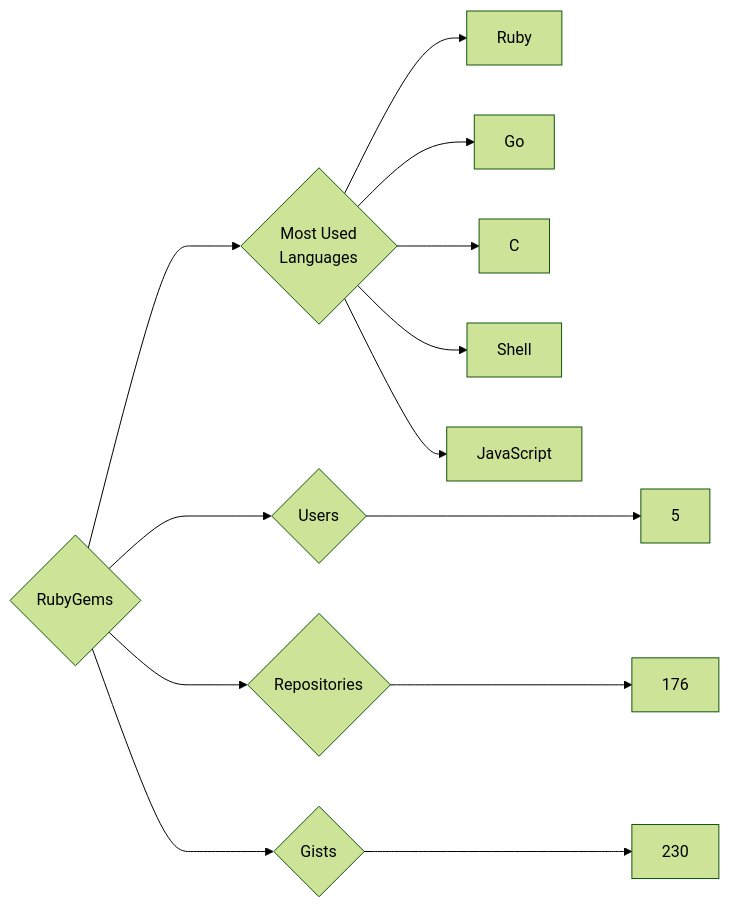
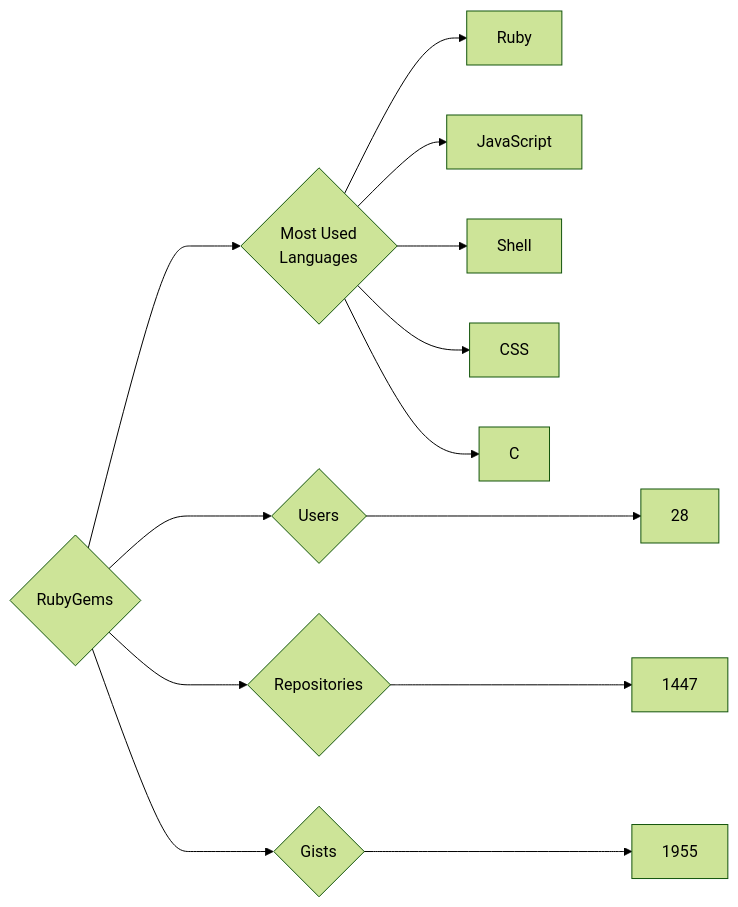
The diagram in targets/RubyGems/README.md (trickest/insiders), drawn with Mermaid (forest theme) before and after one commit. The commit also changed 973 other files, not shown here.

````diff
--- a/targets/RubyGems/README.md
+++ b/targets/RubyGems/README.md
@@ -3,13 +3,13 @@
 ```mermaid
 graph LR
 COMPANY_NAME{RubyGems}
-COMPANY_NAME ---> U{Users} ---> UN[5]
-COMPANY_NAME ---> R{Repositories} ---> RN[176]
-COMPANY_NAME ---> G{Gists} ---> GN[230]
+COMPANY_NAME ---> U{Users} ---> UN[28]
+COMPANY_NAME ---> R{Repositories} ---> RN[1447]
+COMPANY_NAME ---> G{Gists} ---> GN[1955]
 COMPANY_NAME ---> ML{Most Used<br>Languages}
 ML --> Ruby[Ruby]
-ML --> Go[Go]
+ML --> JavaScript[JavaScript]
+ML --> Shell[Shell]
+ML --> CSS[CSS]
 ML --> C[C]
-ML --> Shell[Shell]
-ML --> JavaScript[JavaScript]
 ```
````
